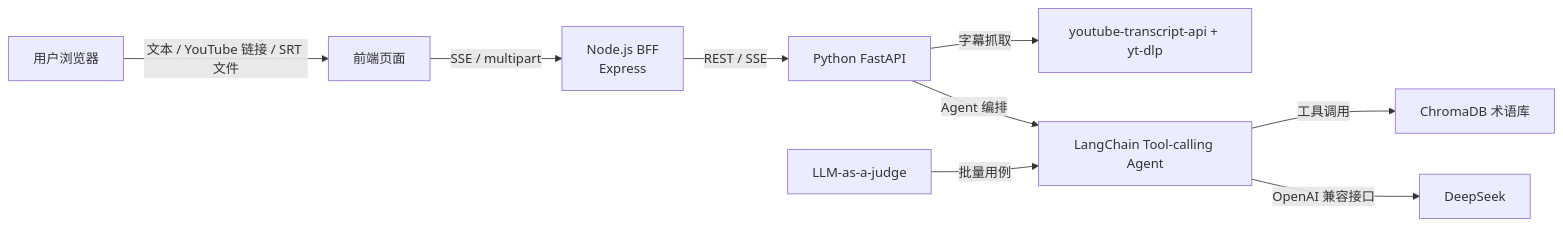
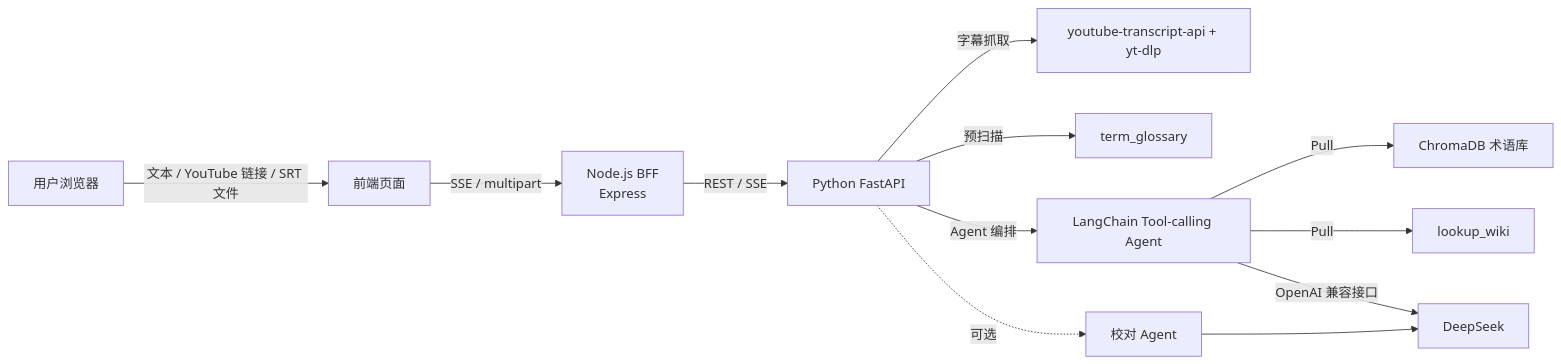
Before and after one commit to Lantano-17304/vertical-translator-agent: the diagram in docs/REPORT.md, drawn with Mermaid. The commit also changed other lines of this file and 16 other files, not shown here.

First line of the commit message:
feat: add proofread agent, wiki franchise, and doc refresh

````diff
--- a/docs/REPORT.md
+++ b/docs/REPORT.md
@@ -33,11 +65,27 @@
 ```mermaid
+
 flowchart LR
+
     U[用户浏览器] -->|文本 / YouTube 链接 / SRT 文件| FE[前端页面]
+
     FE -->|SSE / multipart| BFF[Node.js BFF<br/>Express]
+
     BFF -->|REST / SSE| API[Python FastAPI]
+
     API -->|字幕抓取| YT[youtube-transcript-api + yt-dlp]
+
+    API -->|预扫描| GLOSS[term_glossary]
+
     API -->|Agent 编排| AGENT[LangChain Tool-calling Agent]
-    AGENT -->|工具调用| RAG[ChromaDB 术语库]
+
+    AGENT -->|Pull| RAG[ChromaDB 术语库]
+
+    AGENT -->|Pull| WIKI[lookup_wiki]
+
     AGENT -->|OpenAI 兼容接口| LLM[DeepSeek]
-    EVAL[LLM-as-a-judge] -->|批量用例| AGENT
+
+    API -.->|可选| PROOF[校对 Agent]
+
+    PROOF --> LLM
+
 ```
````
